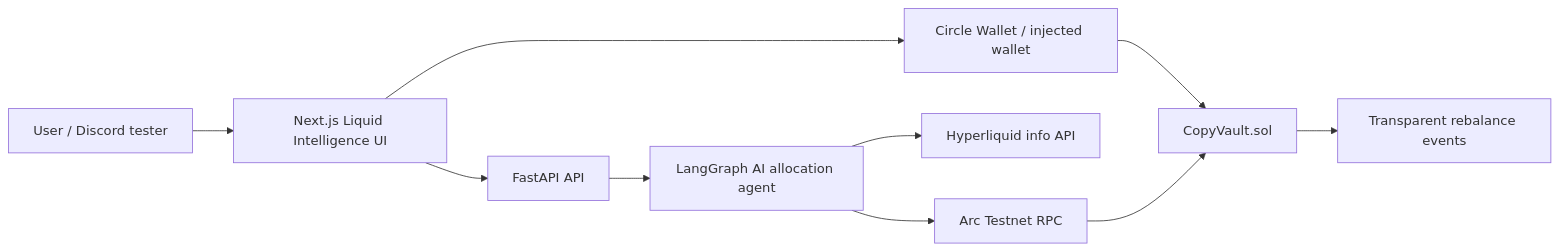
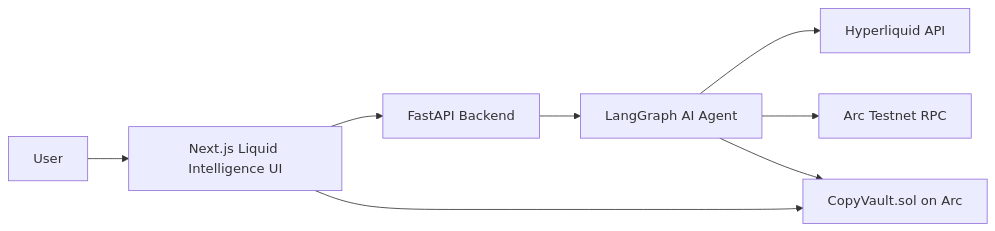
One commit to WorldsBestSoftwareDeveloper/ArcMind changed the diagram in arcmind/README.md. Above: the diagram before and after it, drawn with Mermaid. The commit also changed other lines of this file, not shown here.

````diff
--- a/arcmind/README.md
+++ b/arcmind/README.md
@@ -16,12 +32,10 @@
 ```mermaid
 flowchart LR
-  User["User / Discord tester"] --> Frontend["Next.js Liquid Intelligence UI"]
-  Frontend --> Backend["FastAPI API"]
-  Frontend --> Wallet["Circle Wallet / injected wallet"]
-  Backend --> Agent["LangGraph AI allocation agent"]
-  Agent --> HL["Hyperliquid info API"]
-  Agent --> Chain["Arc Testnet RPC"]
-  Wallet --> Vault["CopyVault.sol"]
-  Chain --> Vault
-  Vault --> Events["Transparent rebalance events"]
+    User --> Frontend[Next.js Liquid Intelligence UI]
+    Frontend --> Backend[FastAPI Backend]
+    Backend --> Agent[LangGraph AI Agent]
+    Agent --> Hyperliquid[Hyperliquid API]
+    Agent --> Arc[Arc Testnet RPC]
+    Frontend --> Vault[CopyVault.sol on Arc]
+    Agent --> Vault
 ```
````
